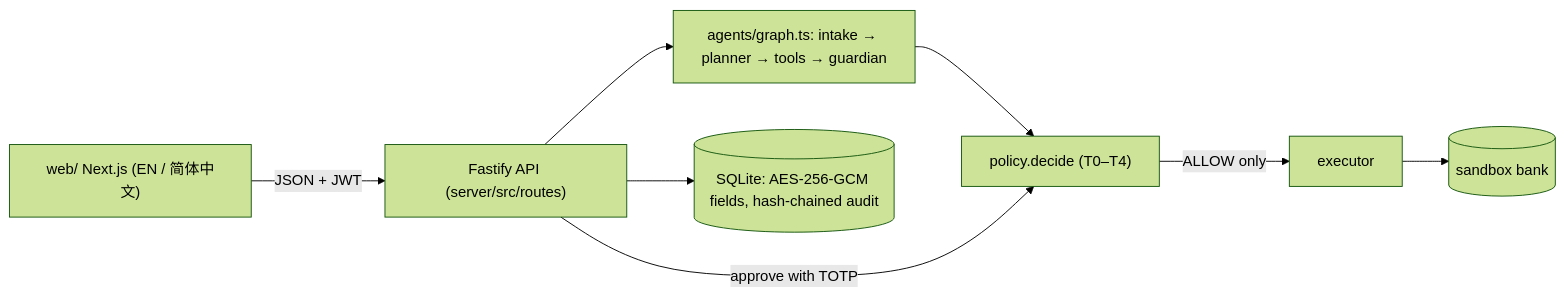
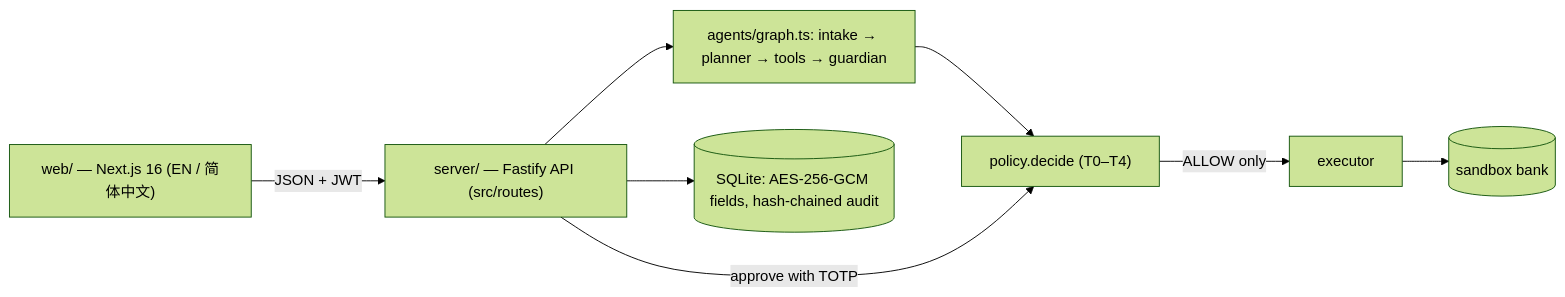
The diagram in README.md (Zul-Qarnain/setu-fintechathon), drawn with Mermaid (forest theme) before and after one commit. The commit also changed other lines of this file, not shown here.

````diff
--- a/README.md
+++ b/README.md
@@ -32,9 +61,9 @@
 ```mermaid
 flowchart LR
-  UI["web/ Next.js (EN / 简体中文)"] -->|JSON + JWT| API["Fastify API (server/src/routes)"]
+  UI["web/ — Next.js 16 (EN / 简体中文)"] -->|JSON + JWT| API["server/ — Fastify API (src/routes)"]
   API --> AG["agents/graph.ts: intake → planner → tools → guardian"]
   AG --> POL["policy.decide (T0–T4)"]
   API -->|approve with TOTP| POL
   POL -->|ALLOW only| EX[executor] --> SBX[(sandbox bank)]
   API --> DB[(SQLite: AES-256-GCM fields, hash-chained audit)]
 ```
````
